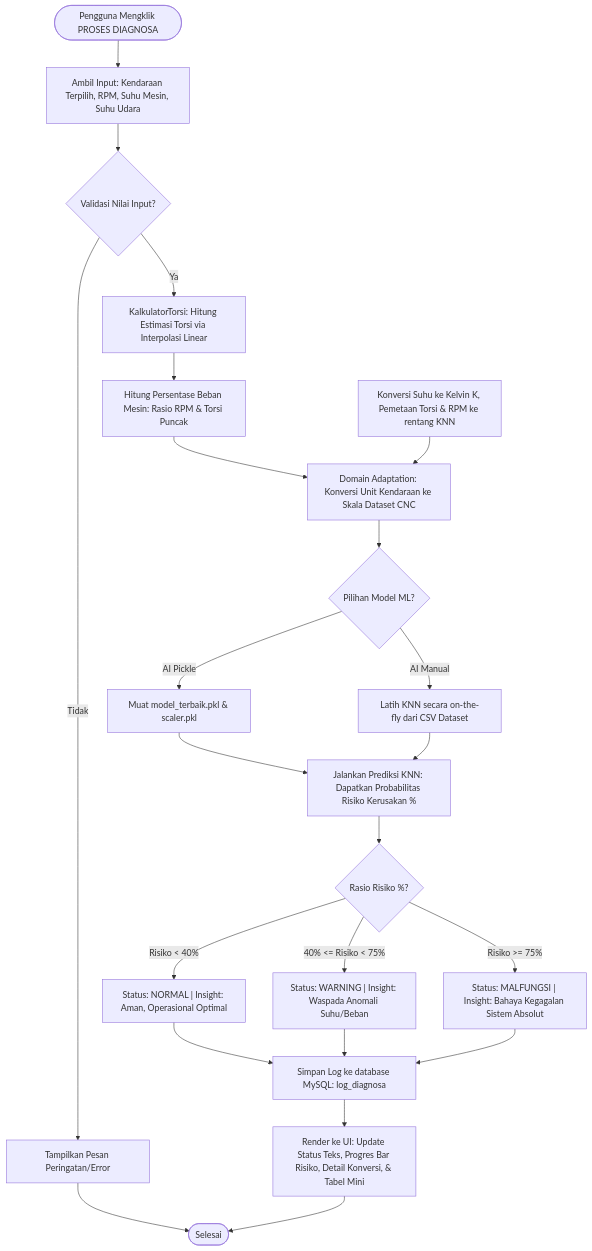
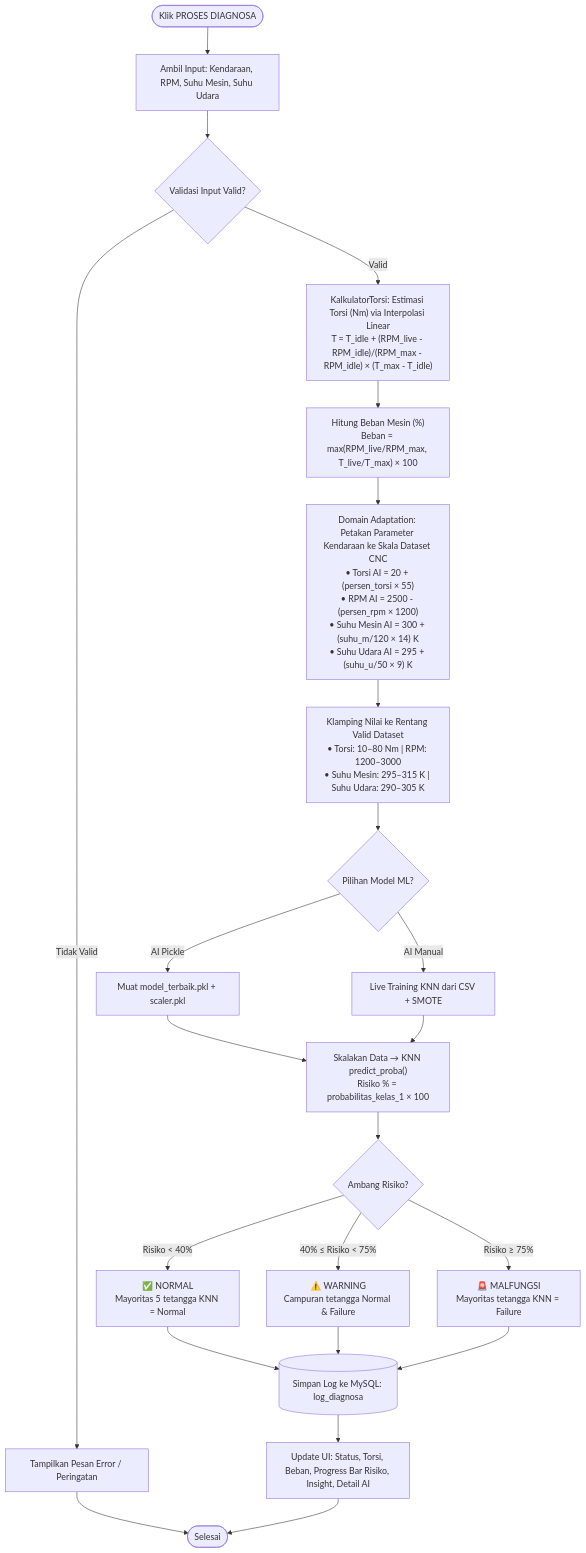
Before and after one commit to hafistafrizal/predictive-maintenance: the second of 3 diagrams in README.md, drawn with Mermaid. The commit also changed other lines of this file and 38 other files, not shown here.

````diff
--- a/README.md
+++ b/README.md
@@ -116,32 +139,33 @@
 ```mermaid
 flowchart TD
-    Start([Pengguna Mengklik PROSES DIAGNOSA]) --> Input[Ambil Input: Kendaraan Terpilih, RPM, Suhu Mesin, Suhu Udara]
-    Input --> Validasi{Validasi Nilai Input?}
-    
-    Validasi -- Tidak --> Error[Tampilkan Pesan Peringatan/Error] --> End([Selesai])
-    
-    Validasi -- Ya --> CalcTorsi[KalkulatorTorsi: Hitung Estimasi Torsi via Interpolasi Linear]
-    CalcTorsi --> CalcBeban[Hitung Persentase Beban Mesin: Rasio RPM & Torsi Puncak]
-    
-    CalcBeban --> DomainAdapt[Domain Adaptation: Konversi Unit Kendaraan ke Skala Dataset CNC]
-    note1[Konversi Suhu ke Kelvin K, Pemetaan Torsi & RPM ke rentang KNN] --> DomainAdapt
-    
-    DomainAdapt --> AI_Select{Pilihan Model ML?}
-    AI_Select -->|AI Pickle| KNN_Pickle[Muat model_terbaik.pkl & scaler.pkl]
-    AI_Select -->|AI Manual| KNN_Manual[Latih KNN secara on-the-fly dari CSV Dataset]
-    
-    KNN_Pickle --> RunKNN[Jalankan Prediksi KNN: Dapatkan Probabilitas Risiko Kerusakan %]
+    Start([Klik PROSES DIAGNOSA]) --> Input[Ambil Input: Kendaraan, RPM, Suhu Mesin, Suhu Udara]
+    Input --> Validasi{Validasi Input Valid?}
+
+    Validasi -- Tidak Valid --> Error[Tampilkan Pesan Error / Peringatan] --> End([Selesai])
+
+    Validasi -- Valid --> CalcTorsi["KalkulatorTorsi: Estimasi Torsi (Nm) via Interpolasi Linear\nT = T_idle + (RPM_live - RPM_idle)/(RPM_max - RPM_idle) × (T_max - T_idle)"]
+    CalcTorsi --> CalcBeban["Hitung Beban Mesin (%)\nBeban = max(RPM_live/RPM_max, T_live/T_max) × 100"]
+
+    CalcBeban --> DomainAdapt["Domain Adaptation: Petakan Parameter Kendaraan ke Skala Dataset CNC\n• Torsi AI = 20 + (persen_torsi × 55)\n• RPM AI = 2500 - (persen_rpm × 1200)\n• Suhu Mesin AI = 300 + (suhu_m/120 × 14) K\n• Suhu Udara AI = 295 + (suhu_u/50 × 9) K"]
+
+    DomainAdapt --> Clamp["Klamping Nilai ke Rentang Valid Dataset\n• Torsi: 10–80 Nm | RPM: 1200–3000\n• Suhu Mesin: 295–315 K | Suhu Udara: 290–305 K"]
+
+    Clamp --> AI_Select{Pilihan Model ML?}
+    AI_Select -->|AI Pickle| KNN_Pickle[Muat model_terbaik.pkl + scaler.pkl]
+    AI_Select -->|AI Manual| KNN_Manual[Live Training KNN dari CSV + SMOTE]
+
+    KNN_Pickle --> RunKNN["Skalakan Data → KNN predict_proba()\nRisiko % = probabilitas_kelas_1 × 100"]
     KNN_Manual --> RunKNN
-    
-    RunKNN --> Decision{Rasio Risiko %?}
-    Decision -->|Risiko < 40%| Normal["Status: NORMAL | Insight: Aman, Operasional Optimal"]
-    Decision -->|40% <= Risiko < 75%| Warning["Status: WARNING | Insight: Waspada Anomali Suhu/Beban"]
-    Decision -->|Risiko >= 75%| Malfungsi["Status: MALFUNGSI | Insight: Bahaya Kegagalan Sistem Absolut"]
-    
-    Normal --> SaveDB[Simpan Log ke database MySQL: log_diagnosa]
+
+    RunKNN --> Decision{Ambang Risiko?}
+    Decision -->|Risiko < 40%| Normal["✅ NORMAL\nMayoritas 5 tetangga KNN = Normal"]
+    Decision -->|40% ≤ Risiko < 75%| Warning["⚠️ WARNING\nCampuran tetangga Normal & Failure"]
+    Decision -->|Risiko ≥ 75%| Malfungsi["🚨 MALFUNGSI\nMayoritas tetangga KNN = Failure"]
+
+    Normal --> SaveDB[(Simpan Log ke MySQL: log_diagnosa)]
     Warning --> SaveDB
     Malfungsi --> SaveDB
-    
-    SaveDB --> ShowUI[Render ke UI: Update Status Teks, Progres Bar Risiko, Detail Konversi, & Tabel Mini]
+
+    SaveDB --> ShowUI[Update UI: Status, Torsi, Beban, Progress Bar Risiko, Insight, Detail AI]
     ShowUI --> End
 ```
````
